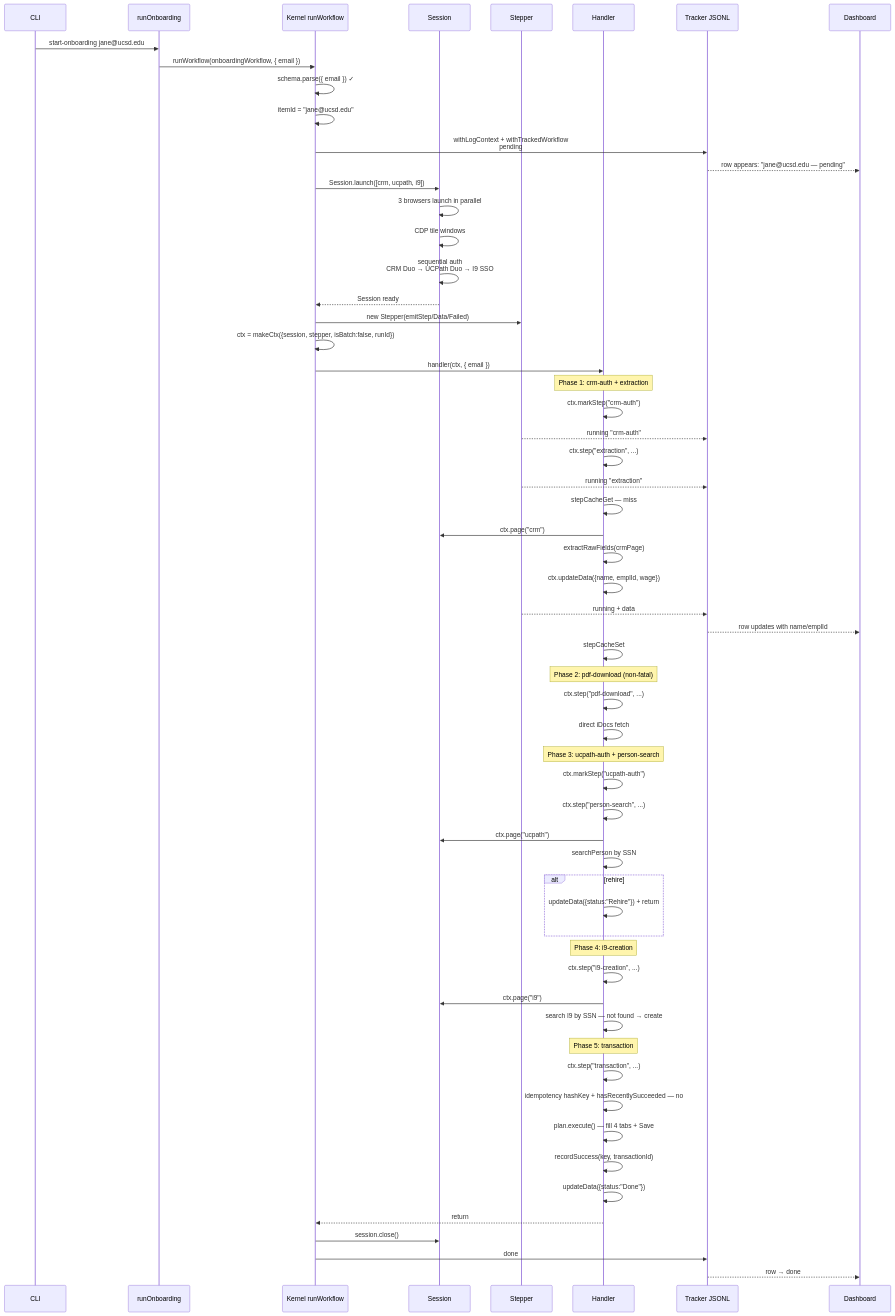
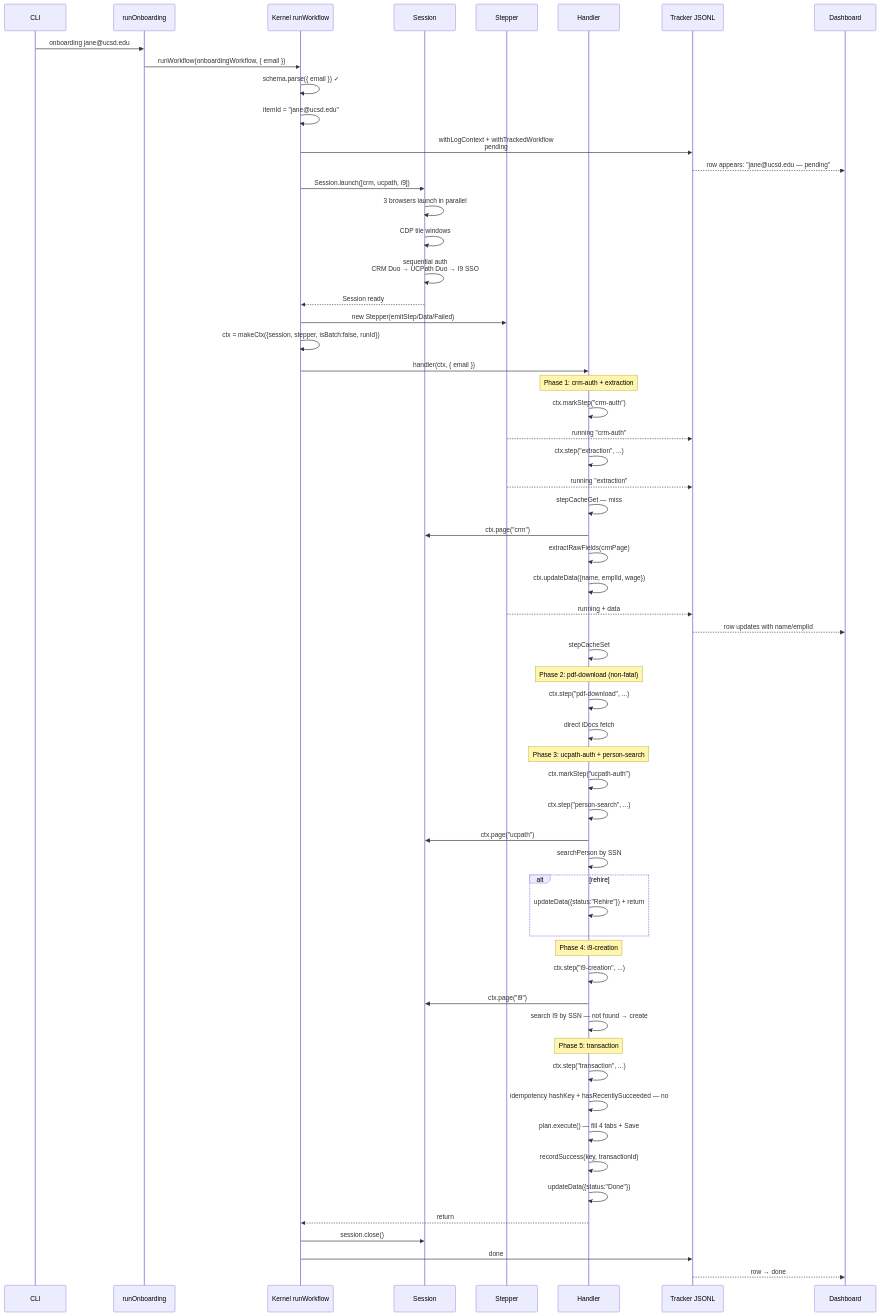
One commit to julianthant/hr-automation changed diagram 16 of 16 in docs/architecture-deep-dive.md. Above: the diagram before and after it, drawn with Mermaid. The commit also changed other lines of this file and 10 other files, not shown here.

First line of the commit message:
refactor(cli): consolidate start-onboarding into onboarding

````diff
--- a/docs/architecture-deep-dive.md
+++ b/docs/architecture-deep-dive.md
@@ -881,69 +881,69 @@
 ```mermaid
 sequenceDiagram
     participant CLI
     participant RUN as runOnboarding
     participant K as Kernel runWorkflow
     participant SES as Session
     participant STP as Stepper
     participant H as Handler
     participant T as Tracker JSONL
     participant D as Dashboard
 
-    CLI->>RUN: start-onboarding jane@ucsd.edu
+    CLI->>RUN: onboarding jane@ucsd.edu
     RUN->>K: runWorkflow(onboardingWorkflow, { email })
     K->>K: schema.parse({ email }) ✓
     K->>K: itemId = "jane@ucsd.edu"
     K->>T: withLogContext + withTrackedWorkflow<br/>pending
     T-->>D: row appears: "jane@ucsd.edu — pending"
     K->>SES: Session.launch([crm, ucpath, i9])
     SES->>SES: 3 browsers launch in parallel
     SES->>SES: CDP tile windows
     SES->>SES: sequential auth<br/>CRM Duo → UCPath Duo → I9 SSO
     SES-->>K: Session ready
     K->>STP: new Stepper(emitStep/Data/Failed)
     K->>K: ctx = makeCtx({session, stepper, isBatch:false, runId})
     K->>H: handler(ctx, { email })
 
     Note over H: Phase 1: crm-auth + extraction
     H->>H: ctx.markStep("crm-auth")
     STP-->>T: running "crm-auth"
     H->>H: ctx.step("extraction", ...)
     STP-->>T: running "extraction"
     H->>H: stepCacheGet — miss
     H->>SES: ctx.page("crm")
     H->>H: extractRawFields(crmPage)
     H->>H: ctx.updateData({name, emplId, wage})
     STP-->>T: running + data
     T-->>D: row updates with name/emplId
     H->>H: stepCacheSet
 
     Note over H: Phase 2: pdf-download (non-fatal)
     H->>H: ctx.step("pdf-download", ...)
     H->>H: direct iDocs fetch
 
     Note over H: Phase 3: ucpath-auth + person-search
     H->>H: ctx.markStep("ucpath-auth")
     H->>H: ctx.step("person-search", ...)
     H->>SES: ctx.page("ucpath")
     H->>H: searchPerson by SSN
     alt rehire
         H->>H: updateData({status:"Rehire"}) + return
     end
 
     Note over H: Phase 4: i9-creation
     H->>H: ctx.step("i9-creation", ...)
     H->>SES: ctx.page("i9")
     H->>H: search I9 by SSN — not found → create
 
     Note over H: Phase 5: transaction
     H->>H: ctx.step("transaction", ...)
     H->>H: idempotency hashKey + hasRecentlySucceeded — no
     H->>H: plan.execute() — fill 4 tabs + Save
     H->>H: recordSuccess(key, transactionId)
     H->>H: updateData({status:"Done"})
 
     H-->>K: return
     K->>SES: session.close()
     K->>T: done
     T-->>D: row → done
 ```
````
